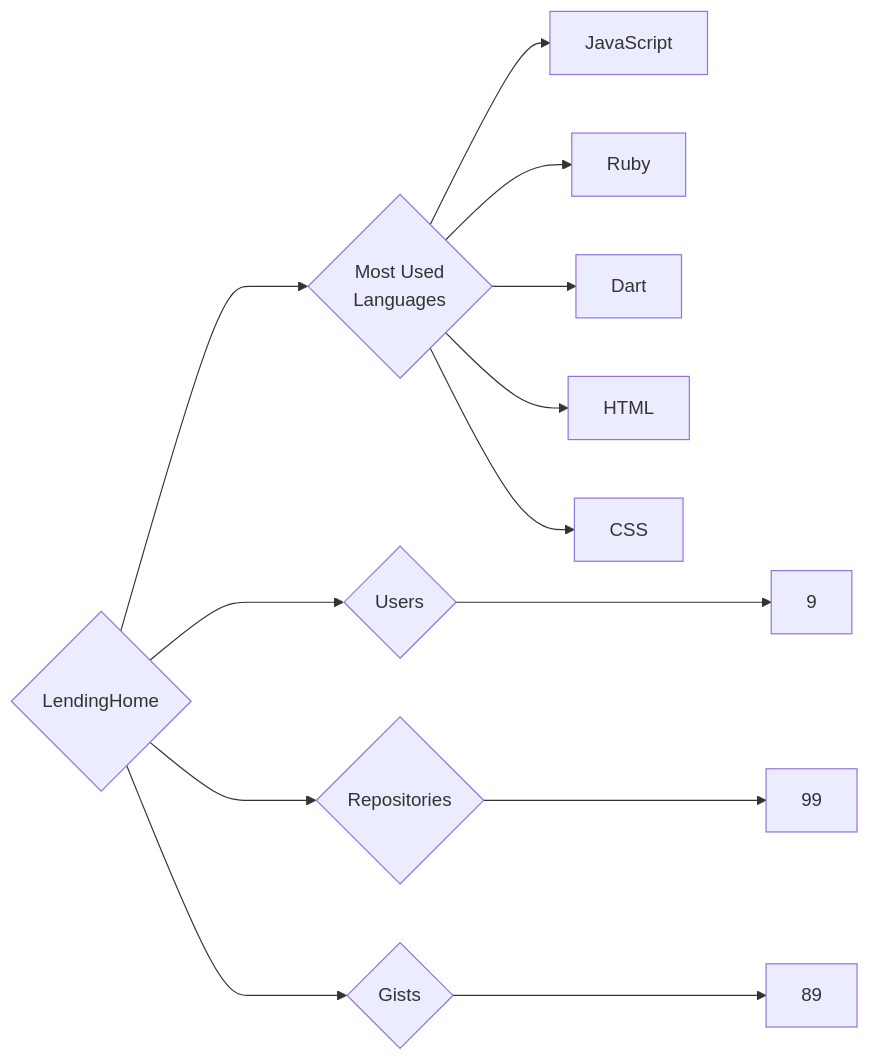
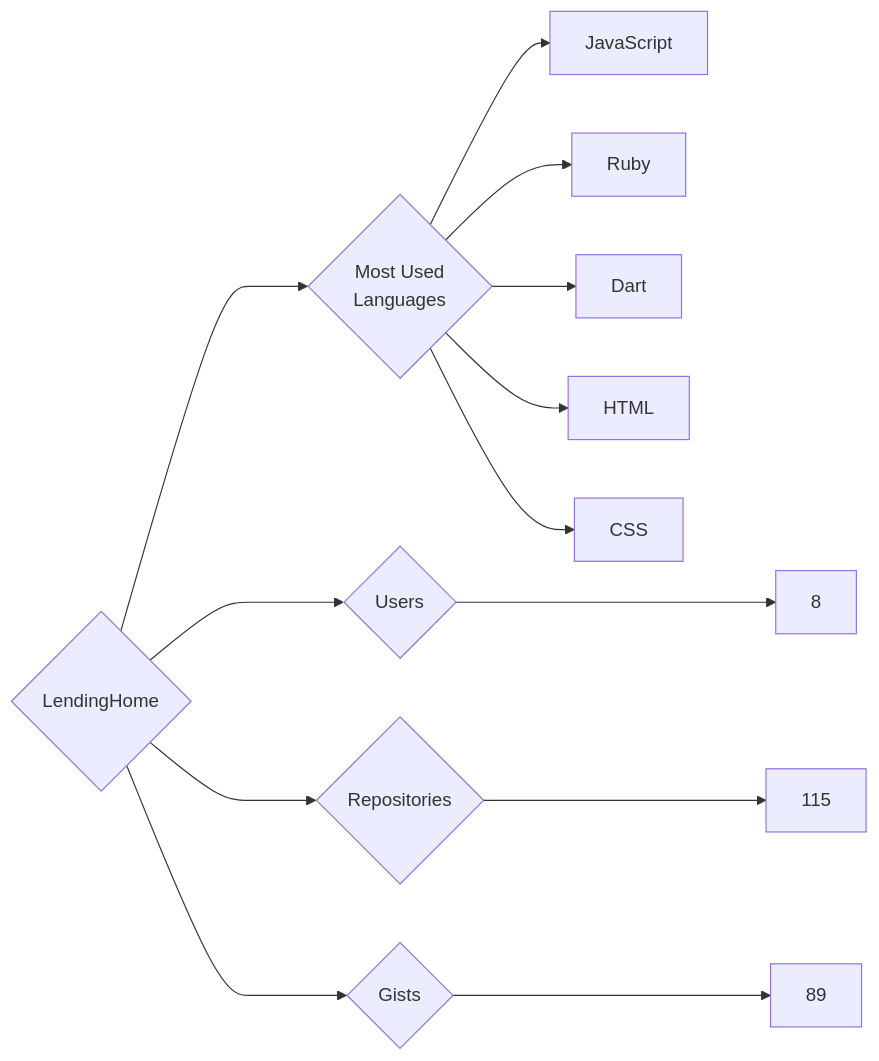
Before and after one commit to trickest/insiders: the diagram in targets/LendingHome/README.md, drawn with Mermaid. The commit also changed 900 other files, not shown here.

````diff
--- a/targets/LendingHome/README.md
+++ b/targets/LendingHome/README.md
@@ -3,13 +3,13 @@
 ```mermaid
 graph LR
 COMPANY_NAME{LendingHome}
-COMPANY_NAME ---> U{Users} ---> UN[9]
-COMPANY_NAME ---> R{Repositories} ---> RN[99]
+COMPANY_NAME ---> U{Users} ---> UN[8]
+COMPANY_NAME ---> R{Repositories} ---> RN[115]
 COMPANY_NAME ---> G{Gists} ---> GN[89]
 COMPANY_NAME ---> ML{Most Used<br>Languages}
 ML --> JavaScript[JavaScript]
 ML --> Ruby[Ruby]
 ML --> Dart[Dart]
 ML --> HTML[HTML]
 ML --> CSS[CSS]
 ```
````
